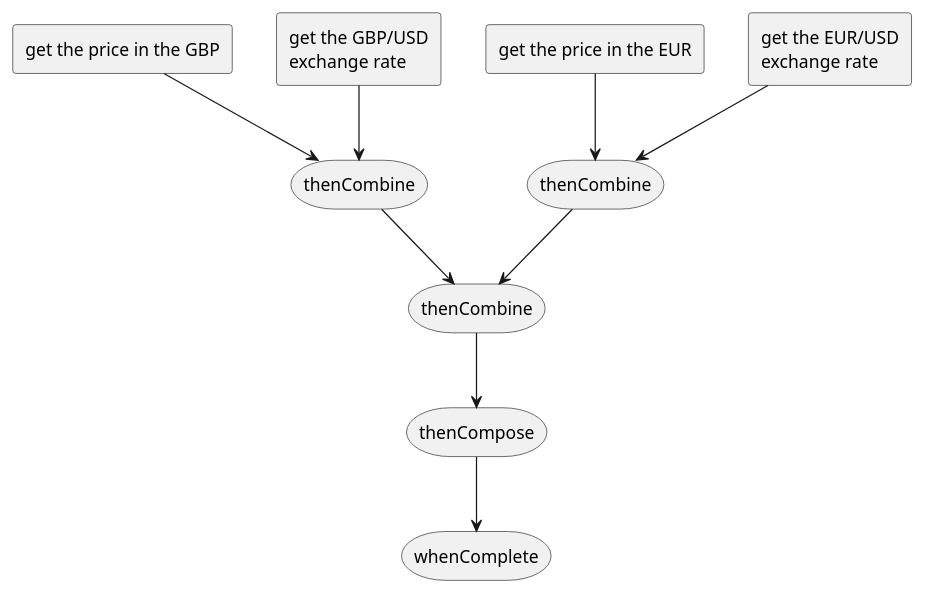
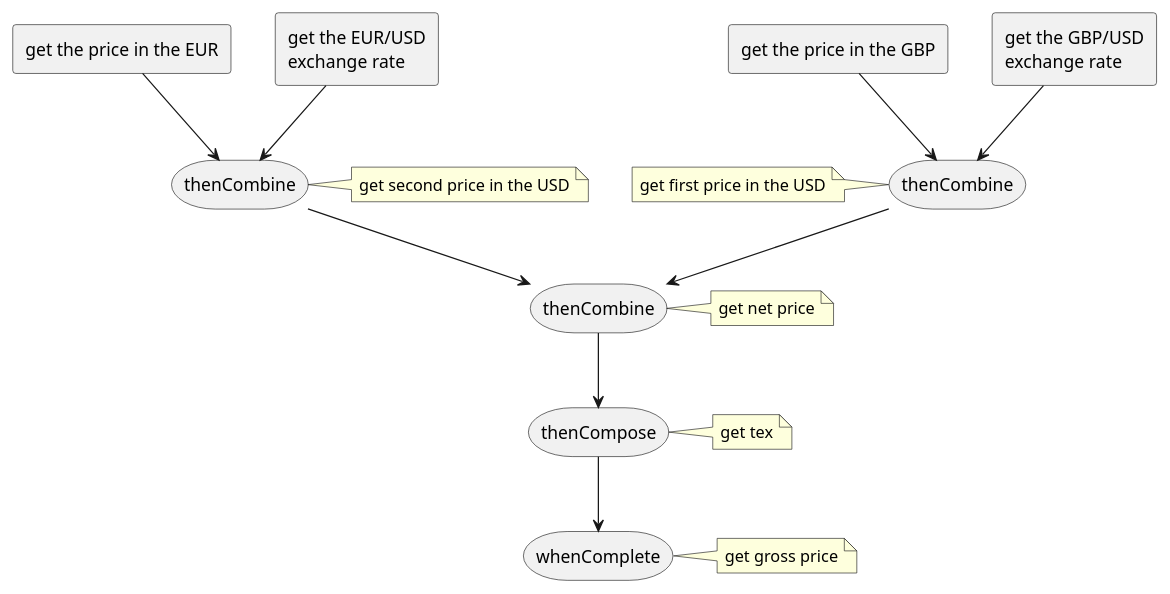
The diagram in images/workflow2.puml (ti-cortex-m4/demo-java-completablefuture), drawn with PlantUML before and after one commit.

```diff
--- a/images/workflow2.puml
+++ b/images/workflow2.puml
@@ -1,30 +1,35 @@
 @startuml
 
 rectangle "get the price in the GBP" as step1
 rectangle "get the GBP/USD\nexchange rate" as step2
 storage  "thenCombine" as step3
+note left of step3 : get first price in the USD
 
 rectangle "get the price in the EUR" as step4
 rectangle "get the EUR/USD\nexchange rate" as step5
 storage  "thenCombine" as step6
+note right of step6 : get second price in the USD
 
 storage  "thenCombine" as step7
+note right of step7 : get net price
 
 storage  "thenCompose" as step8
+note right of step8 : get tex
 
 storage  "whenComplete" as step9
+note right of step9 : get gross price
 
 step1 --> step3
 step2 --> step3
 
 step4 --> step6
 step5 --> step6
 
 step3 --> step7
 step6 --> step7
 
 step7 --> step8
 
 step8 --> step9
 
 @enduml
```
